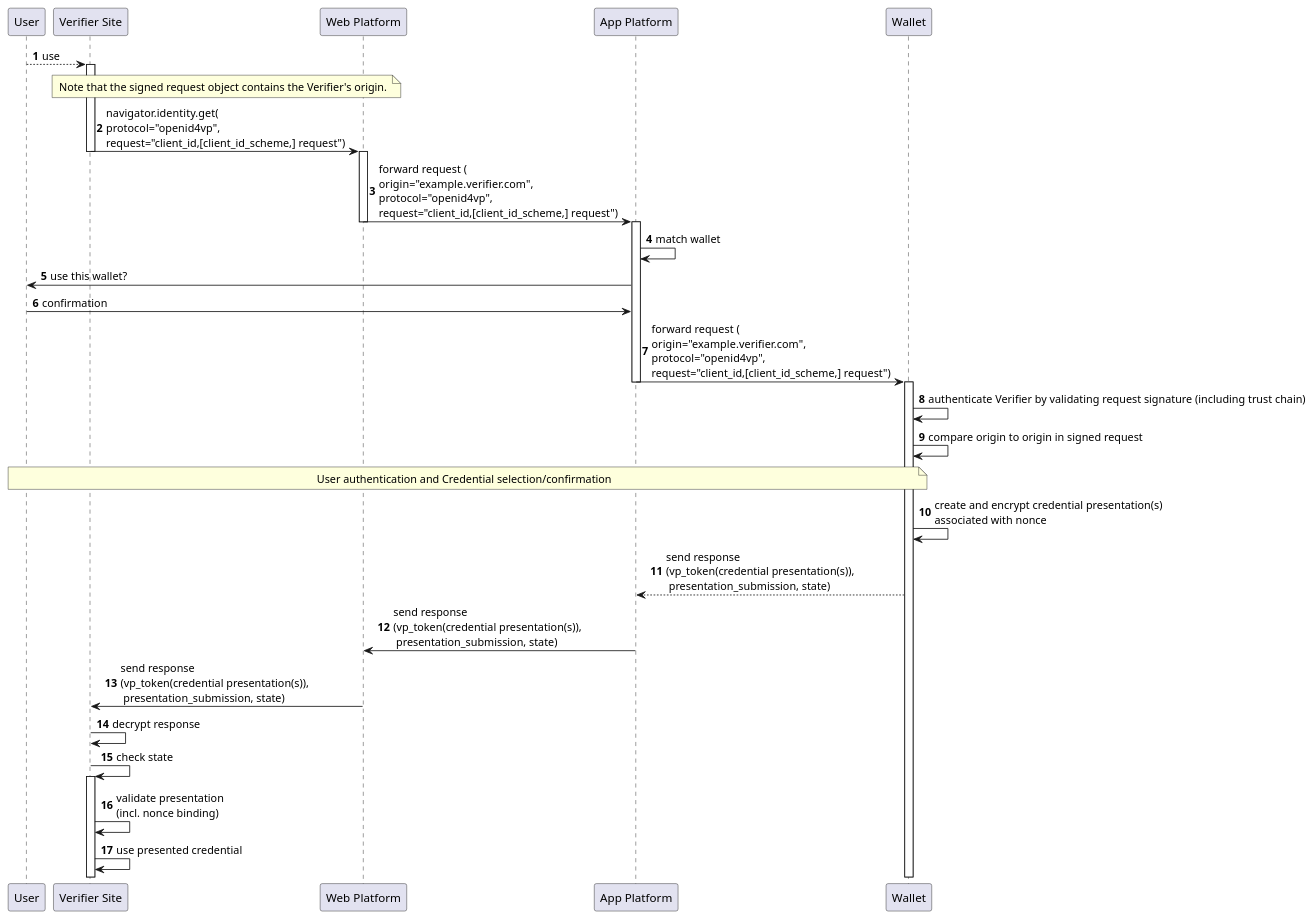
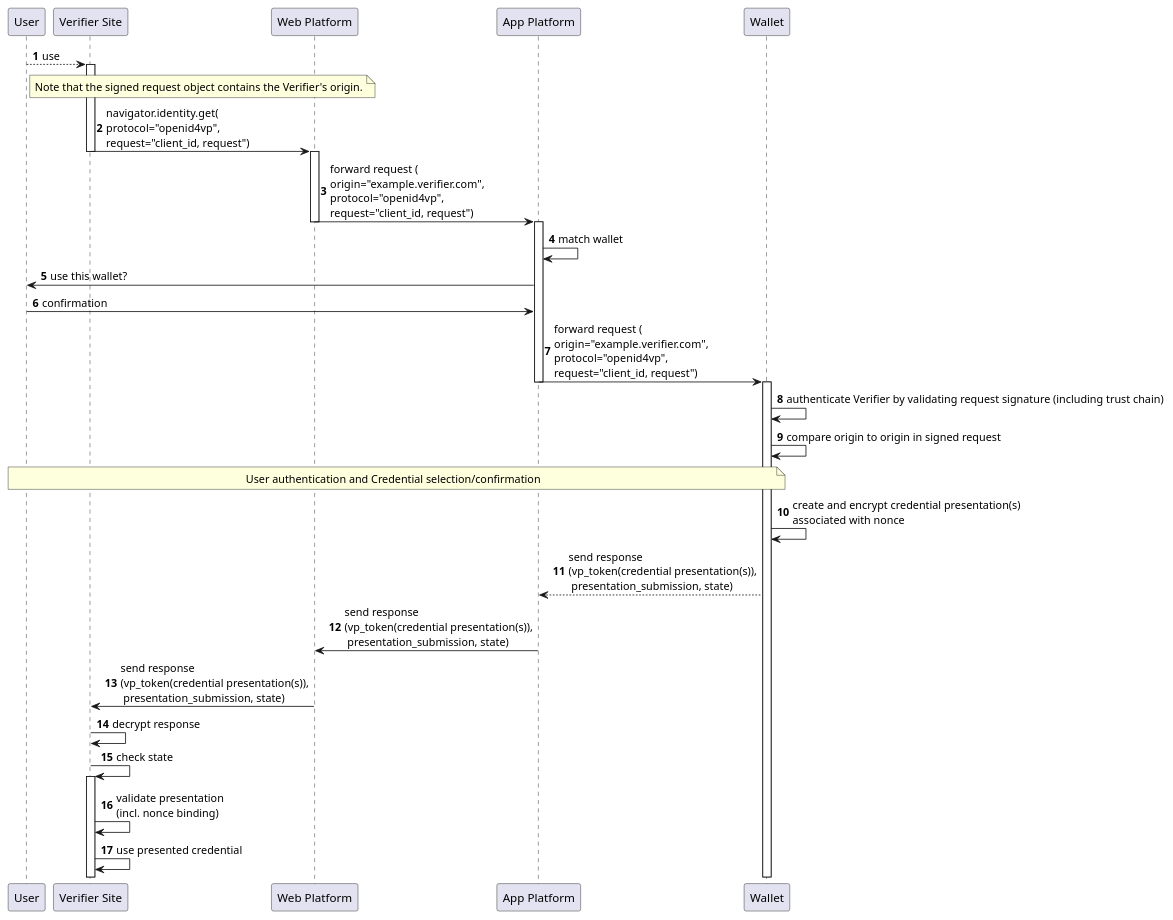
One commit to openid/OpenID4VP changed the diagram in diagrams/signed_request_uri_through_browser_api.plantuml. Above: the diagram before and after it, drawn with PlantUML. The commit also changed 4 other files, not shown here.

Commit message:
Remove client_id_scheme from examples, more precise wording in https and did

```diff
--- a/diagrams/signed_request_uri_through_browser_api.plantuml
+++ b/diagrams/signed_request_uri_through_browser_api.plantuml
@@ -2,52 +2,52 @@
 @startuml
 
 autonumber
 
 participant "User" as u
 
 participant "Verifier Site" as r
 
 participant "Web Platform" as wp
 
 participant "App Platform" as ap
 
 participant "Wallet" as w
 
 u --> r : use
 activate r
 
 note over r,wp
     Note that the signed request object contains the Verifier's origin.
 end note
-r -> wp: navigator.identity.get(\nprotocol="openid4vp",\nrequest="client_id,[client_id_scheme,] request")
+r -> wp: navigator.identity.get(\nprotocol="openid4vp",\nrequest="client_id, request")
 
 deactivate r
 activate wp
 
-wp -> ap: forward request (\norigin="example.verifier.com",\nprotocol="openid4vp",\nrequest="client_id,[client_id_scheme,] request")
+wp -> ap: forward request (\norigin="example.verifier.com",\nprotocol="openid4vp",\nrequest="client_id, request")
 deactivate wp
 activate ap
 
 ap -> ap: match wallet
 ap -> u: use this wallet?
 u -> ap: confirmation
 
-ap -> w: forward request (\norigin="example.verifier.com",\nprotocol="openid4vp",\nrequest="client_id,[client_id_scheme,] request")
+ap -> w: forward request (\norigin="example.verifier.com",\nprotocol="openid4vp",\nrequest="client_id, request")
 deactivate ap
 
 activate w
 w -> w: authenticate Verifier by validating request signature (including trust chain)
 w -> w: compare origin to origin in signed request
 
 note over u, w: User authentication and Credential selection/confirmation
 
 w -> w: create and encrypt credential presentation(s) \nassociated with nonce
 w --> ap: send response \n(vp_token(credential presentation(s)),\n presentation_submission, state)
 ap -> wp: send response \n(vp_token(credential presentation(s)),\n presentation_submission, state)
 wp -> r: send response \n(vp_token(credential presentation(s)),\n presentation_submission, state)
 r -> r: decrypt response
 r -> r: check state
 activate r
 r -> r: validate presentation \n(incl. nonce binding)
 r -> r: use presented credential 
 @enduml
```
